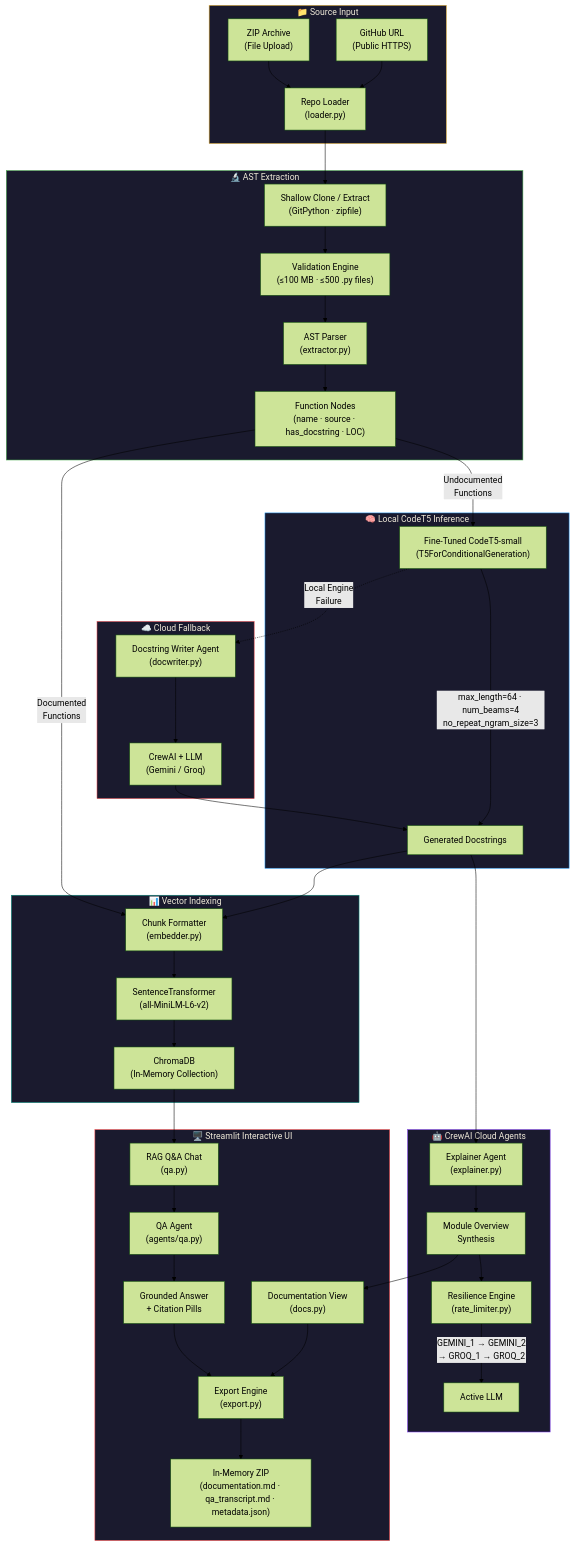
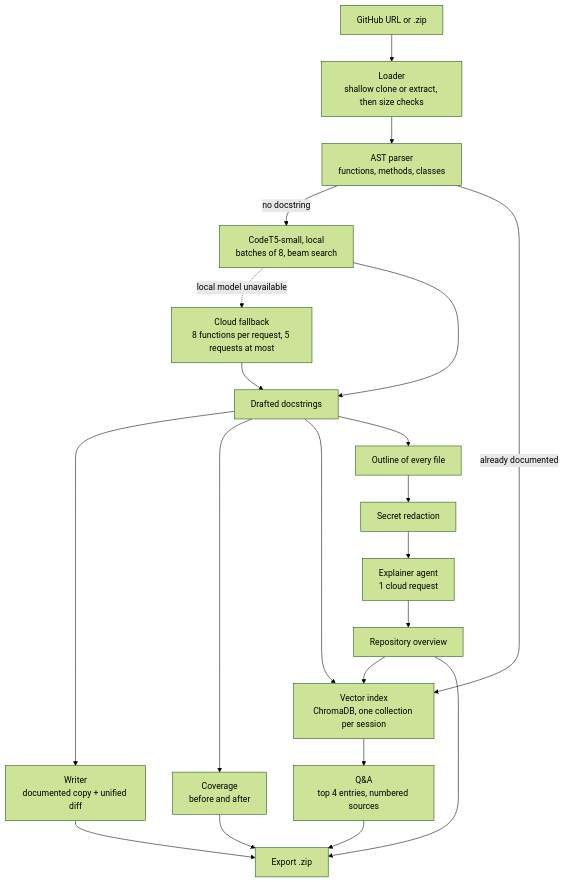
The first of 2 diagrams in README.md (23IT098-VRAJ/CodeDocAI), drawn with Mermaid (forest theme) before and after one commit. The commit also changed other lines of this file and 42 other files, not shown here.

````diff
--- a/README.md
+++ b/README.md
@@ -76,57 +65,27 @@
 ```mermaid
 flowchart TB
-    subgraph INPUT["📁 Source Input"]
-        A["GitHub URL<br/>(Public HTTPS)"] --> C["Repo Loader<br/>(loader.py)"]
-        B["ZIP Archive<br/>(File Upload)"] --> C
-    end
+    A["GitHub URL or .zip"] --> B["Loader<br/>shallow clone or extract, then size checks"]
+    B --> C["AST parser<br/>functions, methods, classes"]
 
-    subgraph AST["🔬 AST Extraction"]
-        C --> D["Shallow Clone / Extract<br/>(GitPython · zipfile)"]
-        D --> E["Validation Engine<br/>(≤100 MB · ≤500 .py files)"]
-        E --> F["AST Parser<br/>(extractor.py)"]
-        F --> G["Function Nodes<br/>(name · source · has_docstring · LOC)"]
-    end
+    C -->|"no docstring"| D["CodeT5-small, local<br/>batches of 8, beam search"]
+    C -->|"already documented"| G
+    D -. "local model unavailable" .-> E["Cloud fallback<br/>8 functions per request, 5 requests at most"]
+    D --> F["Drafted docstrings"]
+    E --> F
 
-    subgraph LOCAL_ML["🧠 Local CodeT5 Inference"]
-        G -->|"Undocumented<br/>Functions"| H["Fine-Tuned CodeT5-small<br/>(T5ForConditionalGeneration)"]
-        H -->|"max_length=64 · num_beams=4<br/>no_repeat_ngram_size=3"| I["Generated Docstrings"]
-    end
+    F --> W["Writer<br/>documented copy + unified diff"]
+    F --> V["Coverage<br/>before and after"]
+    F --> G["Vector index<br/>ChromaDB, one collection per session"]
 
-    subgraph FALLBACK["☁️ Cloud Fallback"]
-        H -.->|"Local Engine<br/>Failure"| J["Docstring Writer Agent<br/>(docwriter.py)"]
-        J --> K["CrewAI + LLM<br/>(Gemini / Groq)"]
-        K --> I
-    end
+    F --> O["Outline of every file"]
+    O --> R["Secret redaction"]
+    R --> X["Explainer agent<br/>1 cloud request"]
+    X --> P["Repository overview"]
+    P --> G
 
-    subgraph VECTOR["📊 Vector Indexing"]
-        I --> L["Chunk Formatter<br/>(embedder.py)"]
-        G -->|"Documented<br/>Functions"| L
-        L --> M["SentenceTransformer<br/>(all-MiniLM-L6-v2)"]
-        M --> N["ChromaDB<br/>(In-Memory Collection)"]
-    end
-
-    subgraph CLOUD_AGENTS["🤖 CrewAI Cloud Agents"]
-        I --> O["Explainer Agent<br/>(explainer.py)"]
-        O --> P["Module Overview<br/>Synthesis"]
-        P --> Q["Resilience Engine<br/>(rate_limiter.py)"]
-        Q -->|"GEMINI_1 → GEMINI_2<br/>→ GROQ_1 → GROQ_2"| R["Active LLM"]
-    end
-
-    subgraph UI["🖥️ Streamlit Interactive UI"]
-        P --> S["Documentation View<br/>(docs.py)"]
-        N --> T["RAG Q&A Chat<br/>(qa.py)"]
-        T --> U["QA Agent<br/>(agents/qa.py)"]
-        U --> V["Grounded Answer<br/>+ Citation Pills"]
-        S --> W["Export Engine<br/>(export.py)"]
-        V --> W
-        W --> X["In-Memory ZIP<br/>(documentation.md · qa_transcript.md · metadata.json)"]
-    end
-
-    style INPUT fill:#1a1a2e,stroke:#E8B339,color:#F0EAD9
-    style AST fill:#1a1a2e,stroke:#4CAF50,color:#F0EAD9
-    style LOCAL_ML fill:#1a1a2e,stroke:#2196F3,color:#F0EAD9
-    style FALLBACK fill:#1a1a2e,stroke:#E5484D,color:#F0EAD9
-    style VECTOR fill:#1a1a2e,stroke:#00897B,color:#F0EAD9
-    style CLOUD_AGENTS fill:#1a1a2e,stroke:#7C3AED,color:#F0EAD9
-    style UI fill:#1a1a2e,stroke:#FF4B4B,color:#F0EAD9
+    G --> Q["Q&A<br/>top 4 entries, numbered sources"]
+    W --> Z["Export .zip"]
+    V --> Z
+    P --> Z
+    Q --> Z
 ```
````
